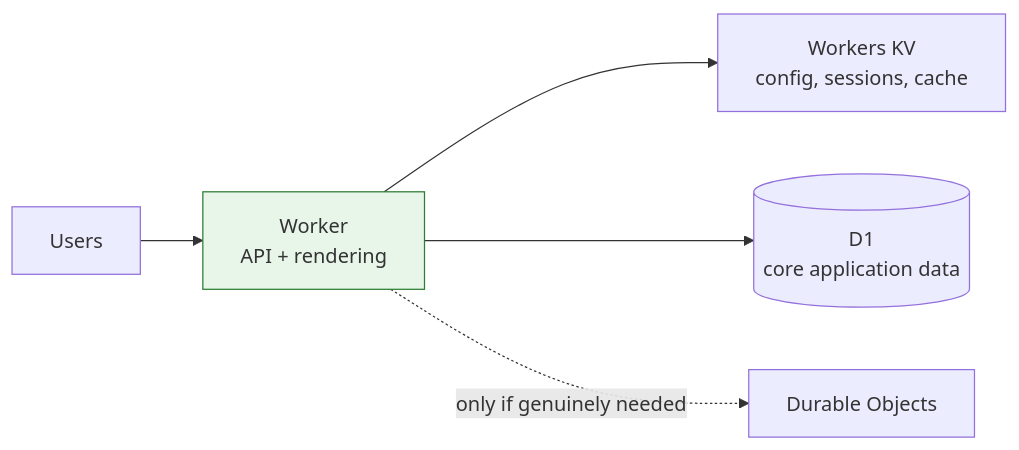
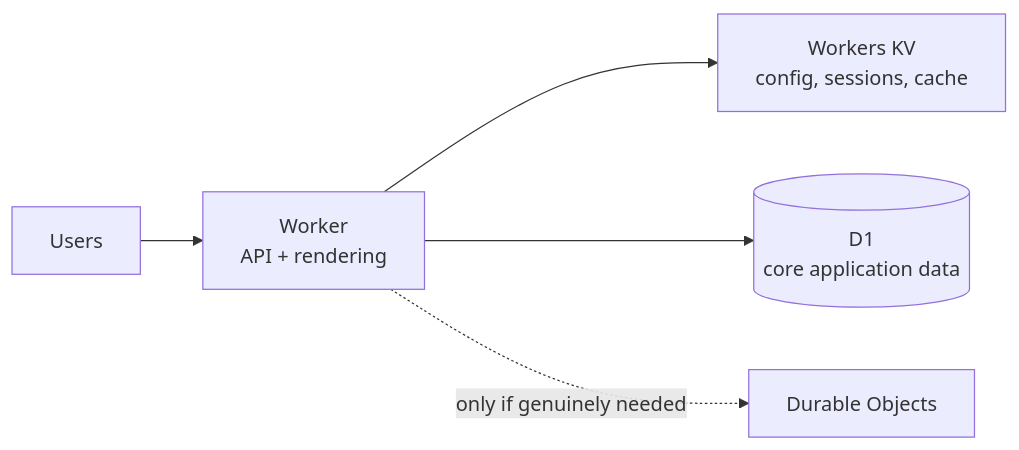
The diagram in docs/workloads/startup-workload.md (kevinevans1/cloudflare-well-architected), drawn with Mermaid before and after one commit. The commit also changed 5 other files, not shown here.

Commit message:
Remove hardcoded Mermaid node colors causing readability issues; let diagrams use Material's theme-aware rendering

````diff
--- a/docs/workloads/startup-workload.md
+++ b/docs/workloads/startup-workload.md
@@ -7,9 +7,8 @@
 ```mermaid
 flowchart LR
     U[Users] --> W[Worker<br/>API + rendering]
     W --> KV[Workers KV<br/>config, sessions, cache]
     W --> D1[(D1<br/>core application data)]
     W -.->|only if genuinely needed| DO[Durable Objects]
 
-    style W fill:#e8f5e9,stroke:#2e7d32,stroke-width:1px
 ```
````
